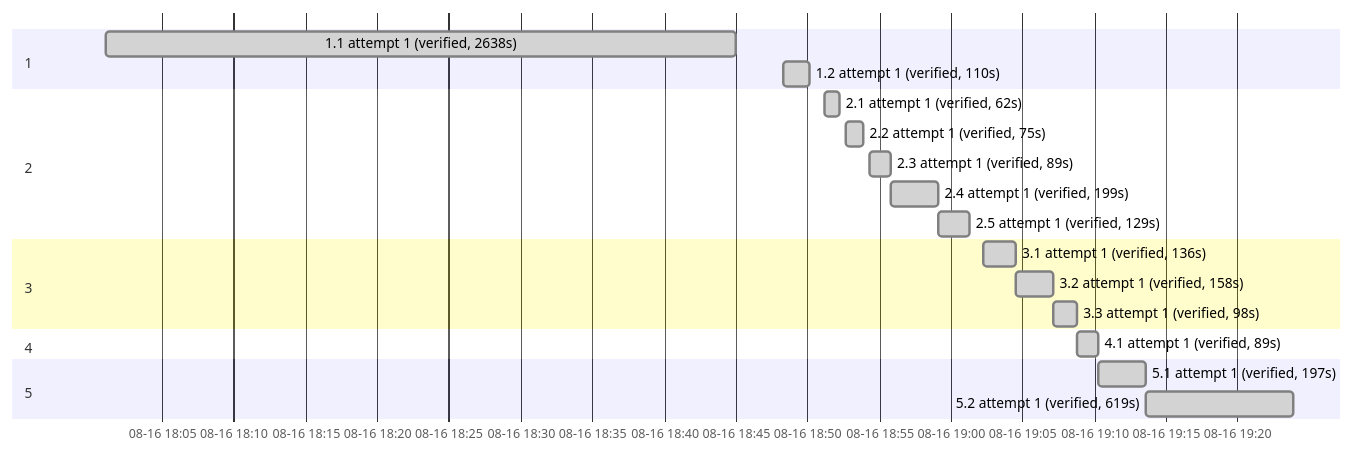
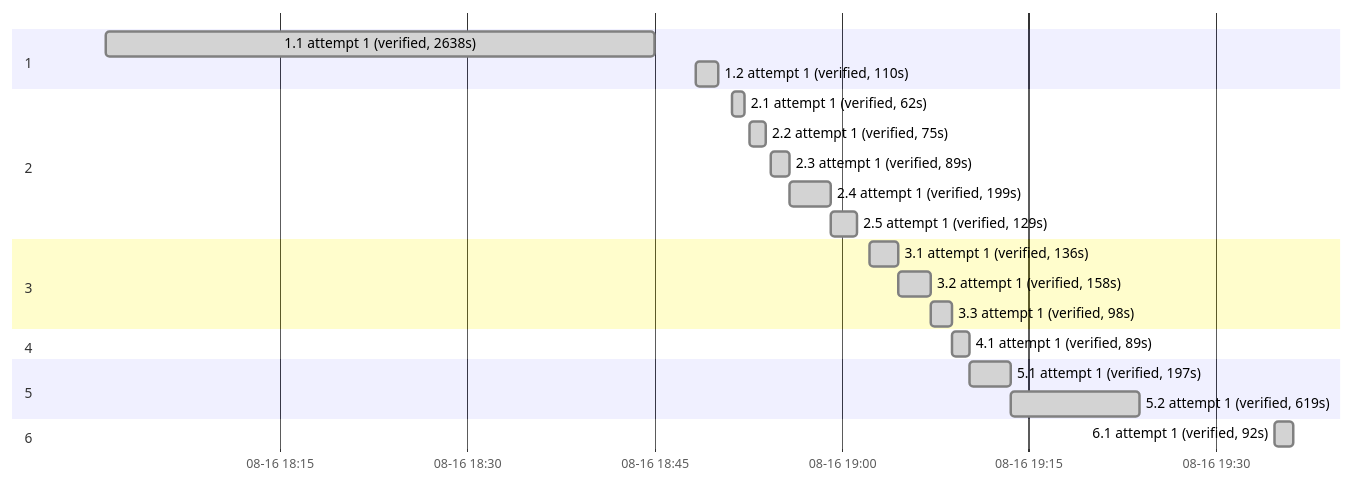
One commit to sohampatwardhan/MoodLightPi changed the second of 2 diagrams in .specs/preact-frontend/05_execution.md. Above: the diagram before and after it, drawn with Mermaid. The commit also changed other lines of this file and 5 other files, not shown here.

````diff
--- a/.specs/preact-frontend/05_execution.md
+++ b/.specs/preact-frontend/05_execution.md
@@ -187,23 +197,25 @@
 ```mermaid
 gantt
     dateFormat YYYY-MM-DDTHH:mm:ss
     axisFormat %m-%d %H:%M
     section 1
     1.1 attempt 1 (verified, 2638s) :done, b_1_1_attempt1, 2026-08-16T18:01:04, 2026-08-16T18:45:02
     1.2 attempt 1 (verified, 110s) :done, b_1_2_attempt1, 2026-08-16T18:48:17, 2026-08-16T18:50:07
     section 2
     2.1 attempt 1 (verified, 62s) :done, b_2_1_attempt1, 2026-08-16T18:51:11, 2026-08-16T18:52:13
     2.2 attempt 1 (verified, 75s) :done, b_2_2_attempt1, 2026-08-16T18:52:39, 2026-08-16T18:53:54
     2.3 attempt 1 (verified, 89s) :done, b_2_3_attempt1, 2026-08-16T18:54:20, 2026-08-16T18:55:49
     2.4 attempt 1 (verified, 199s) :done, b_2_4_attempt1, 2026-08-16T18:55:49, 2026-08-16T18:59:08
     2.5 attempt 1 (verified, 129s) :done, b_2_5_attempt1, 2026-08-16T18:59:08, 2026-08-16T19:01:17
     section 3
     3.1 attempt 1 (verified, 136s) :done, b_3_1_attempt1, 2026-08-16T19:02:17, 2026-08-16T19:04:33
     3.2 attempt 1 (verified, 158s) :done, b_3_2_attempt1, 2026-08-16T19:04:33, 2026-08-16T19:07:11
     3.3 attempt 1 (verified, 98s) :done, b_3_3_attempt1, 2026-08-16T19:07:11, 2026-08-16T19:08:49
     section 4
     4.1 attempt 1 (verified, 89s) :done, b_4_1_attempt1, 2026-08-16T19:08:49, 2026-08-16T19:10:18
     section 5
     5.1 attempt 1 (verified, 197s) :done, b_5_1_attempt1, 2026-08-16T19:10:18, 2026-08-16T19:13:35
     5.2 attempt 1 (verified, 619s) :done, b_5_2_attempt1, 2026-08-16T19:13:35, 2026-08-16T19:23:54
+    section 6
+    6.1 attempt 1 (verified, 92s) :done, b_6_1_attempt1, 2026-08-16T19:34:39, 2026-08-16T19:36:11
 ```
````
